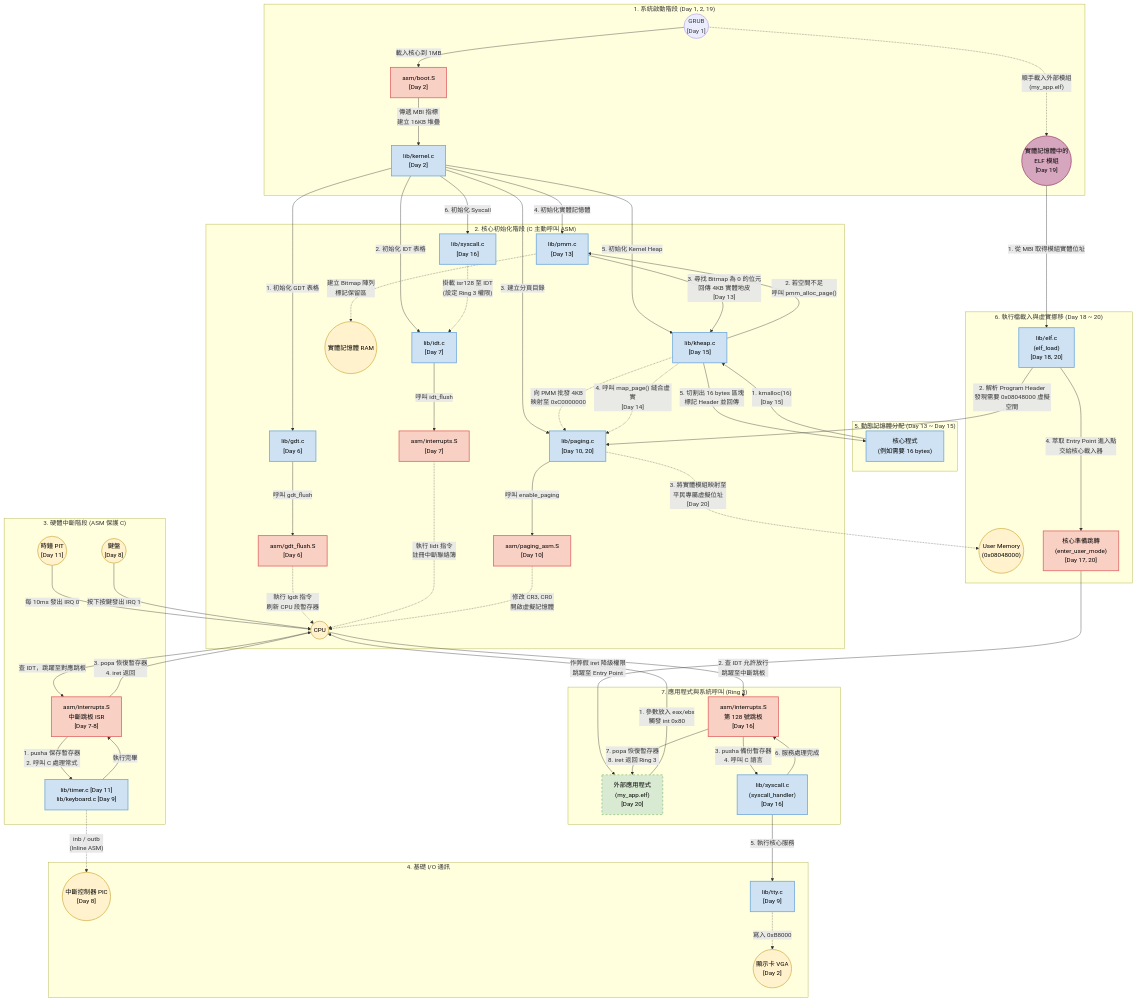
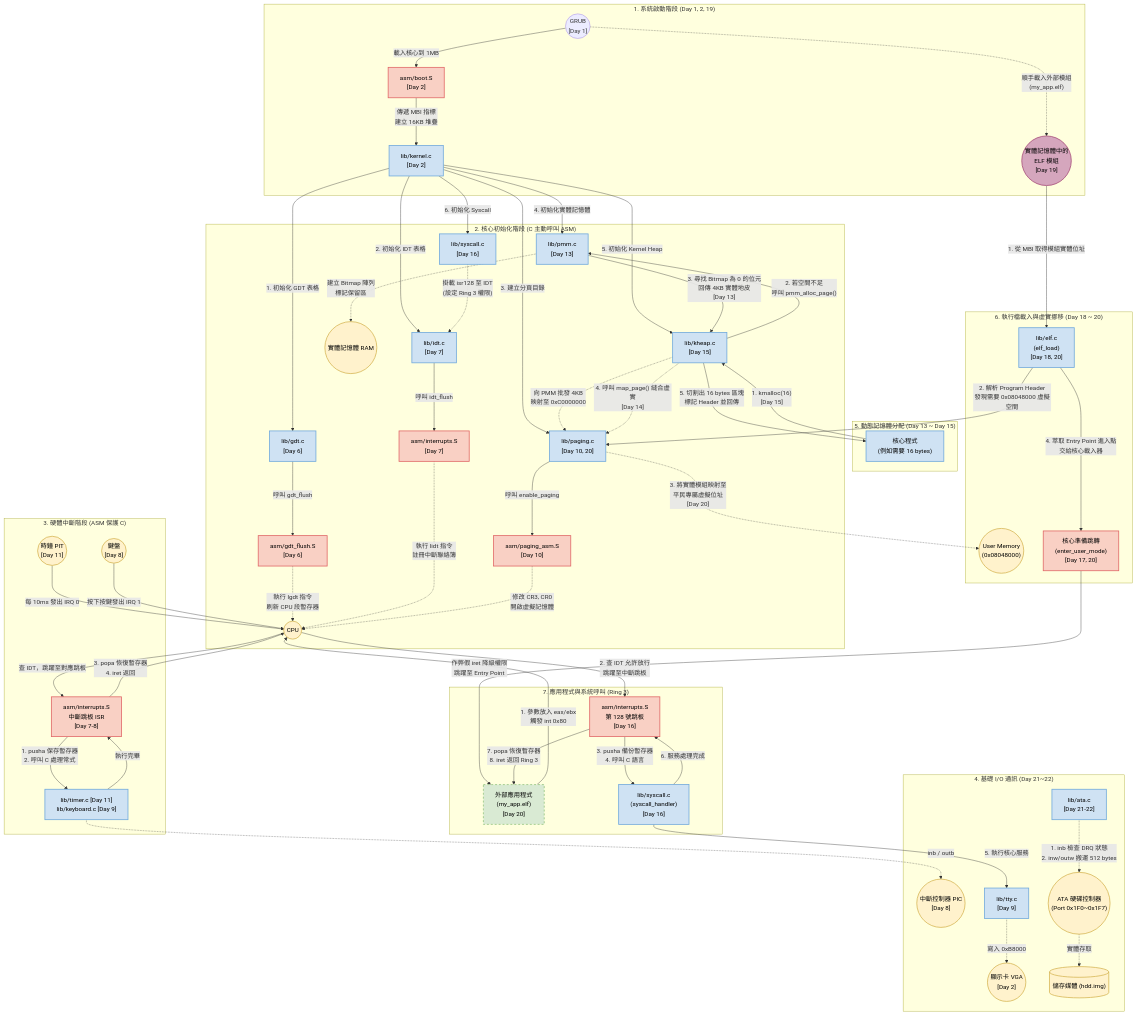
Before and after one commit to rickhw/simple-operating-systems: the diagram in Course-Overview.mermaid, drawn with Mermaid. The commit also changed 98 other files, not shown here.

Commit message:
Day 22：留下你的印記 — ATA/IDE 硬碟寫入與資料持久化

```diff
--- a/Course-Overview.mermaid
+++ b/Course-Overview.mermaid
@@ -1,84 +1,86 @@
 flowchart TD
     %% 定義節點樣式
     classDef asm fill:#f9d0c4,stroke:#e06666,stroke-width:2px,color:#000
     classDef clang fill:#cfe2f3,stroke:#6fa8dc,stroke-width:2px,color:#000
     classDef hw fill:#fff2cc,stroke:#d6b656,stroke-width:2px,color:#000
     classDef clang_r3 fill:#d9ead3,stroke:#93c47d,stroke-width:2px,color:#000,stroke-dasharray: 5 5
     classDef grub fill:#d5a6bd,stroke:#a64d79,stroke-width:2px,color:#000
 
     %% 系統啟動流程
     subgraph Boot ["1. 系統啟動階段 (Day 1, 2, 19)"]
         GRUB(("GRUB\n[Day 1]")) -->|"載入核心到 1MB"| boot["asm/boot.S\n[Day 2]"]:::asm
         GRUB -.->|"順手載入外部模組\n(my_app.elf)"| Module(("實體記憶體中的\nELF 模組\n[Day 19]")):::grub
         boot -->|"傳遞 MBI 指標\n建立 16KB 堆疊"| kernel["lib/kernel.c\n[Day 2]"]:::clang
     end
 
     %% C 語言初始化呼叫 ASM
     subgraph Init ["2. 核心初始化階段 (C 主動呼叫 ASM)"]
         kernel -->|"1. 初始化 GDT 表格"| gdt_c["lib/gdt.c\n[Day 6]"]:::clang
         gdt_c -->|"呼叫 gdt_flush"| gdt_s["asm/gdt_flush.S\n[Day 6]"]:::asm
         gdt_s -.->|"執行 lgdt 指令\n刷新 CPU 段暫存器"| CPU(("CPU")):::hw
 
         kernel -->|"2. 初始化 IDT 表格"| idt_c["lib/idt.c\n[Day 7]"]:::clang
         idt_c -->|"呼叫 idt_flush"| idt_s["asm/interrupts.S\n[Day 7]"]:::asm
         idt_s -.->|"執行 lidt 指令\n註冊中斷聯絡簿"| CPU
 
         kernel -->|"3. 建立分頁目錄"| paging_c["lib/paging.c\n[Day 10, 20]"]:::clang
         paging_c -->|"呼叫 enable_paging"| paging_s["asm/paging_asm.S\n[Day 10]"]:::asm
         paging_s -.->|"修改 CR3, CR0\n開啟虛擬記憶體"| CPU
 
         kernel -->|"4. 初始化實體記憶體"| pmm_c["lib/pmm.c\n[Day 13]"]:::clang
         pmm_c -.->|"建立 Bitmap 陣列\n標記保留區"| RAM(("實體記憶體 RAM")):::hw
 
         kernel -->|"5. 初始化 Kernel Heap"| kheap_c["lib/kheap.c\n[Day 15]"]:::clang
         kheap_c -.->|"向 PMM 批發 4KB\n映射至 0xC0000000"| paging_c
 
         kernel -->|"6. 初始化 Syscall"| syscall_init["lib/syscall.c\n[Day 16]"]:::clang
         syscall_init -.->|"掛載 isr128 至 IDT\n(設定 Ring 3 權限)"| idt_c
     end
 
     %% 中斷觸發流程 (ASM 呼叫 C)
     subgraph Interrupts ["3. 硬體中斷階段 (ASM 保護 C)"]
         Timer(("時鐘 PIT\n[Day 11]")):::hw -- "每 10ms 發出 IRQ 0" --> CPU
         Keyboard(("鍵盤\n[Day 8]")):::hw -- "按下按鍵發出 IRQ 1" --> CPU
 
         CPU -->|"查 IDT，跳躍至對應跳板"| isr["asm/interrupts.S\n中斷跳板 ISR\n[Day 7-8]"]:::asm
 
         isr -->|"1. pusha 保存暫存器\n2. 呼叫 C 處理常式"| handlers["lib/timer.c [Day 11]\nlib/keyboard.c [Day 9]"]:::clang
         handlers -->|"執行完畢"| isr
         isr -->|"3. popa 恢復暫存器\n4. iret 返回"| CPU
     end
 
     %% 直接硬體溝通
-    subgraph IO ["4. 基礎 I/O 通訊"]
-        handlers -.->|"inb / outb\n(Inline ASM)"| PIC(("中斷控制器 PIC\n[Day 8]")):::hw
+    subgraph IO ["4. 基礎 I/O 通訊 (Day 21~22)"]
+        handlers -.->|"inb / outb"| PIC(("中斷控制器 PIC\n[Day 8]")):::hw
         tty["lib/tty.c\n[Day 9]"]:::clang -.->|"寫入 0xB8000"| VGA(("顯示卡 VGA\n[Day 2]")):::hw
+        ata_c["lib/ata.c\n[Day 21-22]"]:::clang -.->|"1. inb 檢查 DRQ 狀態\n2. inw/outw 搬運 512 bytes"| HDD(("ATA 硬碟控制器\n(Port 0x1F0~0x1F7)")):::hw
+        HDD -.->|"實體存取"| DISK[("儲存媒體 (hdd.img)")]:::hw
     end
 
     %% 記憶體動態分配 (Day 13~15)
     subgraph MemMgmt ["5. 動態記憶體分配 (Day 13 ~ Day 15)"]
         KernelReq["核心程式\n(例如需要 16 bytes)"]:::clang -->|"1. kmalloc(16)\n[Day 15]"| kheap_c
         kheap_c -->|"2. 若空間不足\n呼叫 pmm_alloc_page()"| pmm_c
         pmm_c -->|"3. 尋找 Bitmap 為 0 的位元\n回傳 4KB 實體地皮\n[Day 13]"| kheap_c
         kheap_c -.->|"4. 呼叫 map_page() 縫合虛實\n[Day 14]"| paging_c
         kheap_c -->|"5. 切割出 16 bytes 區塊\n標記 Header 並回傳"| KernelReq
     end
 
     %% ELF 執行檔載入與虛實映射 (Day 18~20)
     subgraph AppLoading ["6. 執行檔載入與虛實挪移 (Day 18 ~ 20)"]
         Module -->|"1. 從 MBI 取得模組實體位址"| elf_c["lib/elf.c\n(elf_load)\n[Day 18, 20]"]:::clang
         elf_c -->|"2. 解析 Program Header\n發現需要 0x08048000 虛擬空間"| paging_c
         paging_c -.->|"3. 將實體模組映射至\n平民專屬虛擬位址\n[Day 20]"| AppSpace(("User Memory\n(0x08048000)")):::hw
         elf_c -->|"4. 萃取 Entry Point 進入點\n交給核心載入器"| KernelLoader["核心準備跳轉\n(enter_user_mode)\n[Day 17, 20]"]:::asm
     end
 
     %% 系統呼叫 (Day 16)
     subgraph Syscalls ["7. 應用程式與系統呼叫 (Ring 3)"]
         KernelLoader -->|"作弊假 iret 降級權限\n跳躍至 Entry Point"| UserApp["外部應用程式\n(my_app.elf)\n[Day 20]"]:::clang_r3
         UserApp -- "1. 參數放入 eax/ebx\n觸發 int 0x80" --> CPU
         CPU -->|"2. 查 IDT 允許放行\n跳躍至中斷跳板"| isr128["asm/interrupts.S\n第 128 號跳板\n[Day 16]"]:::asm
         isr128 -->|"3. pusha 備份暫存器\n4. 呼叫 C 語言"| syscall_c["lib/syscall.c\n(syscall_handler)\n[Day 16]"]:::clang
         syscall_c -->|"5. 執行核心服務"| tty
         syscall_c -->|"6. 服務處理完成"| isr128
         isr128 -->|"7. popa 恢復暫存器\n8. iret 返回 Ring 3"| UserApp
     end
```
